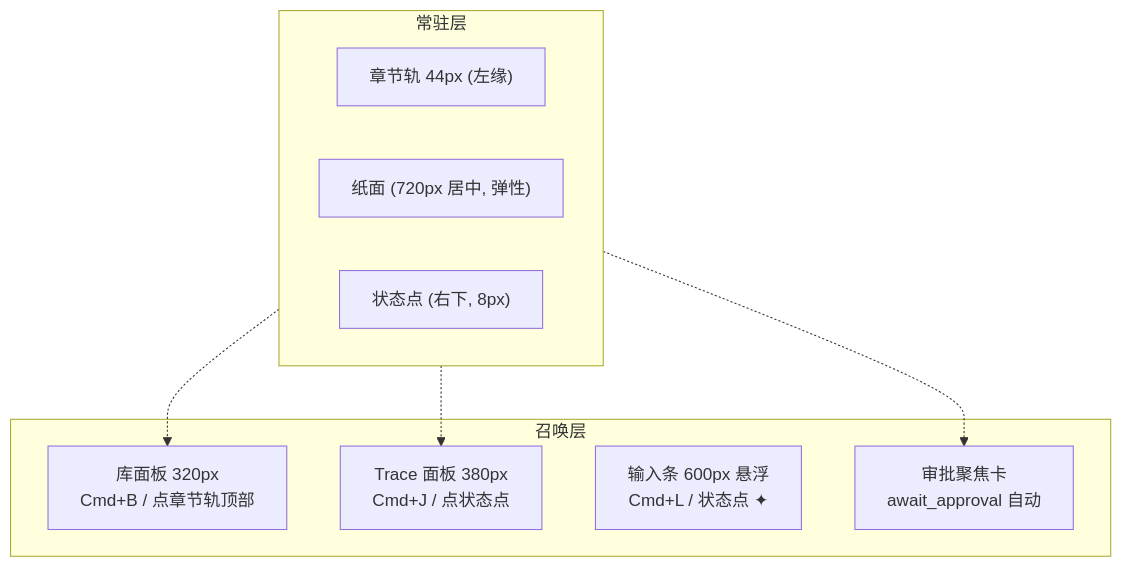
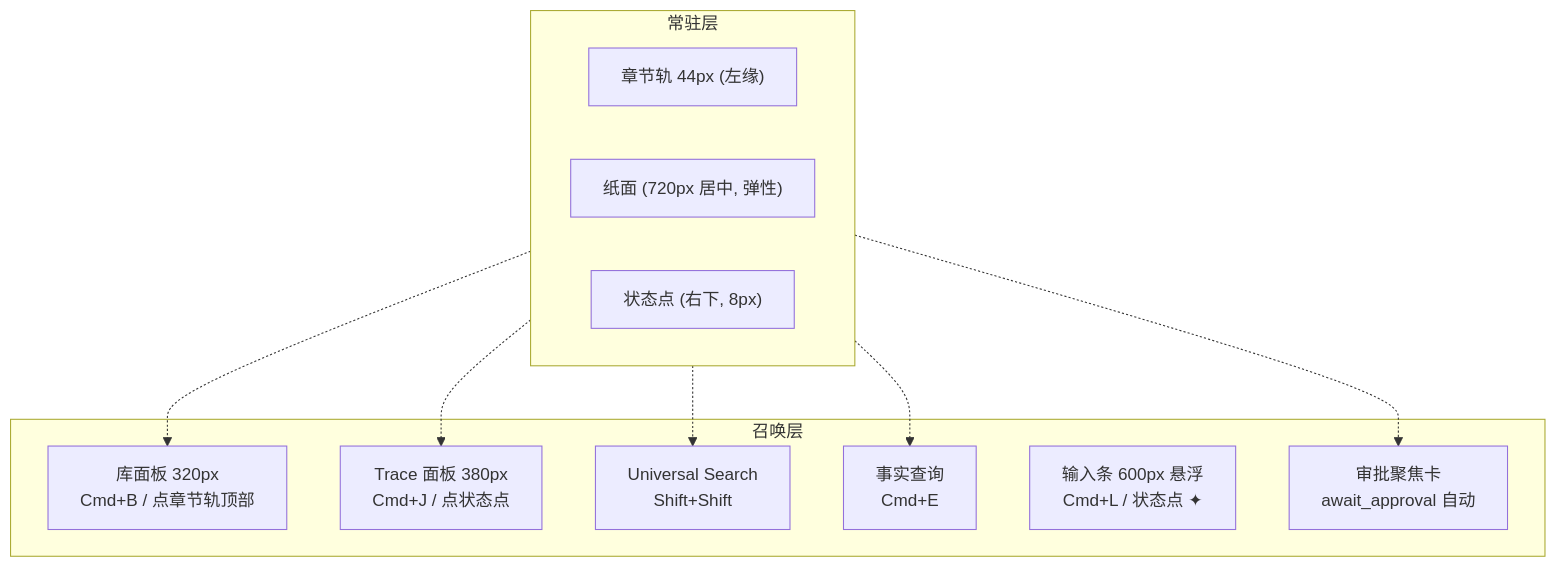
The diagram in design/01-main-layout.md (jinhuang712/open-novel), drawn with Mermaid before and after one commit. The commit also changed other lines of this file and 29 other files, not shown here.

````diff
--- a/design/01-main-layout.md
+++ b/design/01-main-layout.md
@@ -9,18 +9,22 @@
 ```mermaid
 flowchart TB
   subgraph ALWAYS["常驻层"]
     direction LR
     RAIL["章节轨 44px (左缘)"]
     ED["纸面 (720px 居中, 弹性)"]
     DOT["状态点 (右下, 8px)"]
   end
   subgraph SUMMON["召唤层"]
     LIB["库面板 320px<br/>Cmd+B / 点章节轨顶部"]
     TRC["Trace 面板 380px<br/>Cmd+J / 点状态点"]
+    US["Universal Search<br/>Shift+Shift"]
+    QRY["事实查询<br/>Cmd+E"]
     CMP["输入条 600px 悬浮<br/>Cmd+L / 状态点 ✦"]
     APP["审批聚焦卡<br/>await_approval 自动"]
   end
   RAIL -.-> LIB
   DOT -.-> TRC
   DOT -.-> APP
+  ED -.-> US
+  ED -.-> QRY
 ```
````
